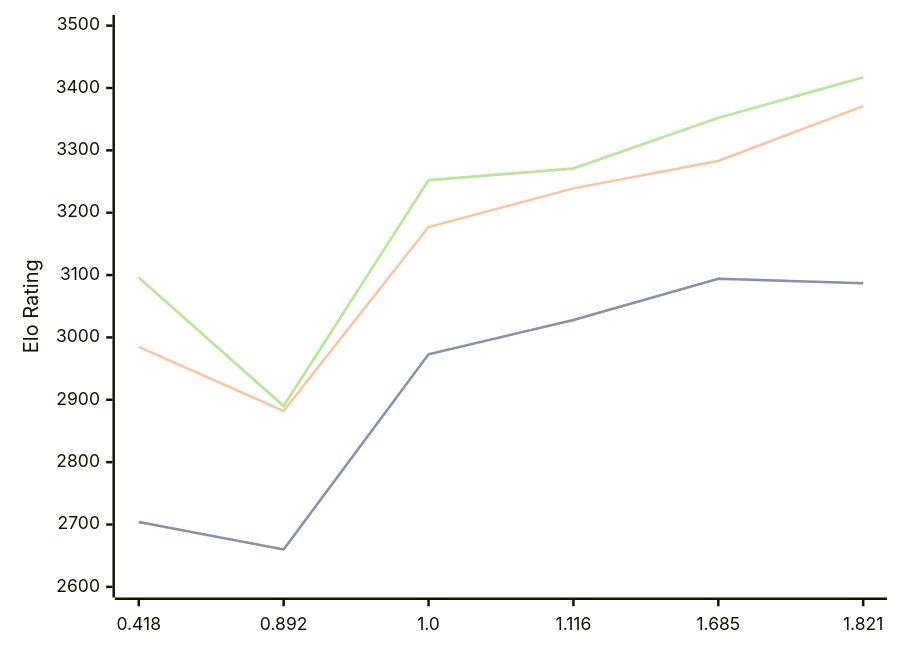
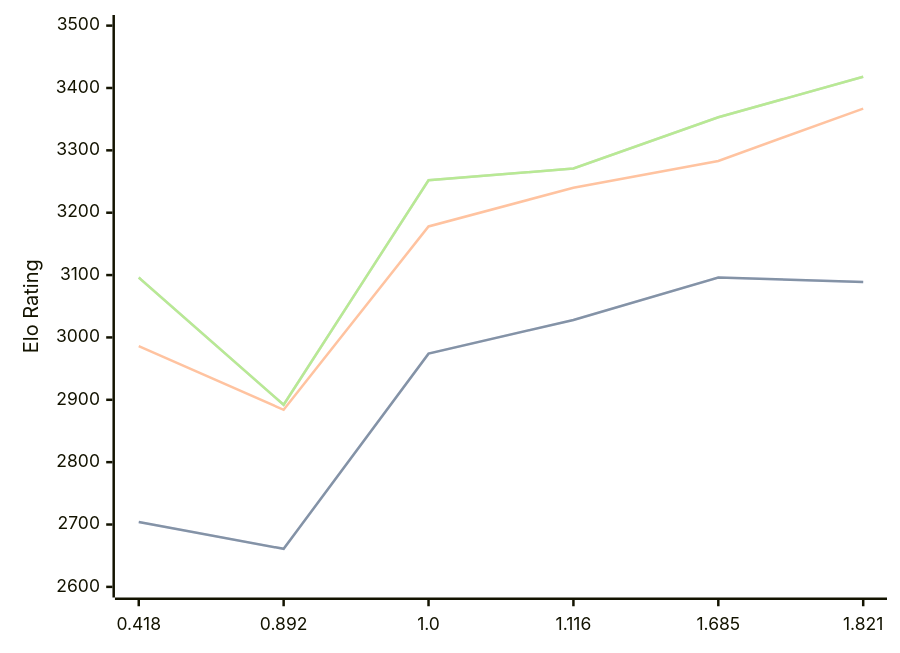
One commit to computer-chess-index/cci changed the diagram in engines/Malika.md. Above: the diagram before and after it, drawn with Mermaid. The commit also changed other lines of this file, not shown here.

Commit message:
Update CCI Ratings (ELO VLTC) - 2026-08-21

````diff
--- a/engines/Malika.md
+++ b/engines/Malika.md
@@ -36,11 +36,11 @@
 ```mermaid
 %%{init: {"theme":"base","themeVariables":{"seriesColors:['#a3a3a3','#222221','#faa371']}}}%%
 xychart-beta
   x-axis ["0.418", "0.892", "1.0", "1.116", "1.685", "1.821"]
   y-axis "Elo Rating" 2600 --> 3500
-  line "STC (8.0+0.08s)" [2704, 2660, 2973, 3028, 3094, 3087]
-  line "STC (8.0+0.08s)" [2704, 2660, 2973, 3028, 3094, 3087]
-  line "LTC (60.0+0.60s)" [2985, 2882, 3177, 3239, 3283, 3371]
-  line "VLTC (2m24s+1.12s)" [3096, 2890, 3252, 3271, 3352, 3417]
-  line "VLTC (2m24s+1.12s)" [3096, 2890, 3252, 3271, 3352, 3417]
+  line "STC (8.0+0.08s)" [2704, 2661, 2974, 3028, 3096, 3089]
+  line "STC (8.0+0.08s)" [2704, 2661, 2974, 3028, 3096, 3089]
+  line "LTC (60.0+0.60s)" [2986, 2884, 3178, 3240, 3283, 3367]
+  line "VLTC (2m24s+1.12s)" [3096, 2892, 3252, 3271, 3353, 3418]
+  line "VLTC (2m24s+1.12s)" [3096, 2892, 3252, 3271, 3353, 3418]
 ```
````
